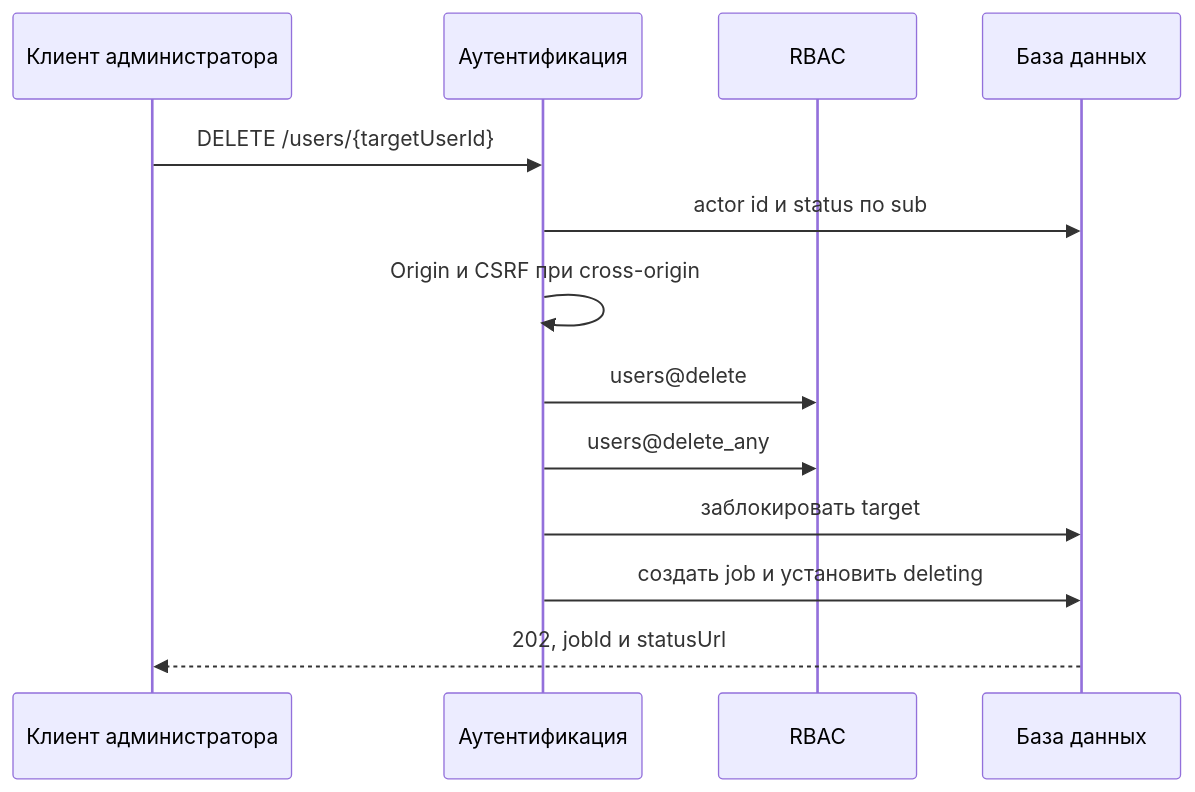
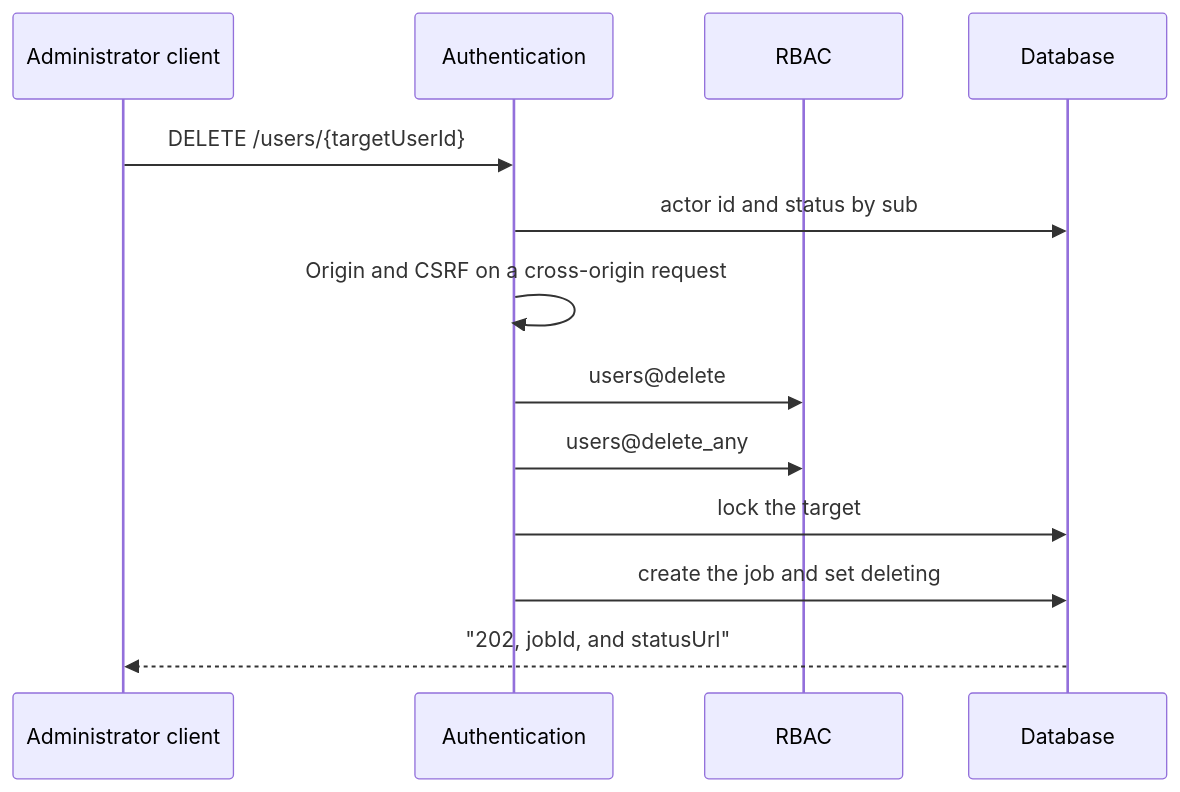
Before and after one commit to pavel-skripko-innowise/inno-fe-be-a1: the second of 4 diagrams in courses-content/backend/A/1/en/3.1.6 Удаление пользователя.md, drawn with Mermaid. The commit also changed other lines of this file and 35 other files, not shown here.

````diff
--- a/courses-content/backend/A/1/en/3.1.6 Удаление пользователя.md
+++ b/courses-content/backend/A/1/en/3.1.6 Удаление пользователя.md
@@ -53,15 +53,15 @@
 ```mermaid
 sequenceDiagram
-  participant C as Клиент администратора
-  participant A as Аутентификация
+  participant C as Administrator client
+  participant A as Authentication
   participant R as RBAC
-  participant D as База данных
+  participant D as Database
   C->>A: DELETE /users/{targetUserId}
-  A->>D: actor id и status по sub
-  A->>A: Origin и CSRF при cross-origin
+  A->>D: actor id and status by sub
+  A->>A: Origin and CSRF on a cross-origin request
   A->>R: users@delete
   A->>R: users@delete_any
-  A->>D: заблокировать target
-  A->>D: создать job и установить deleting
-  D-->>C: 202, jobId и statusUrl
+  A->>D: lock the target
+  A->>D: create the job and set deleting
+  D-->>C: "202, jobId, and statusUrl"
 ```
````
